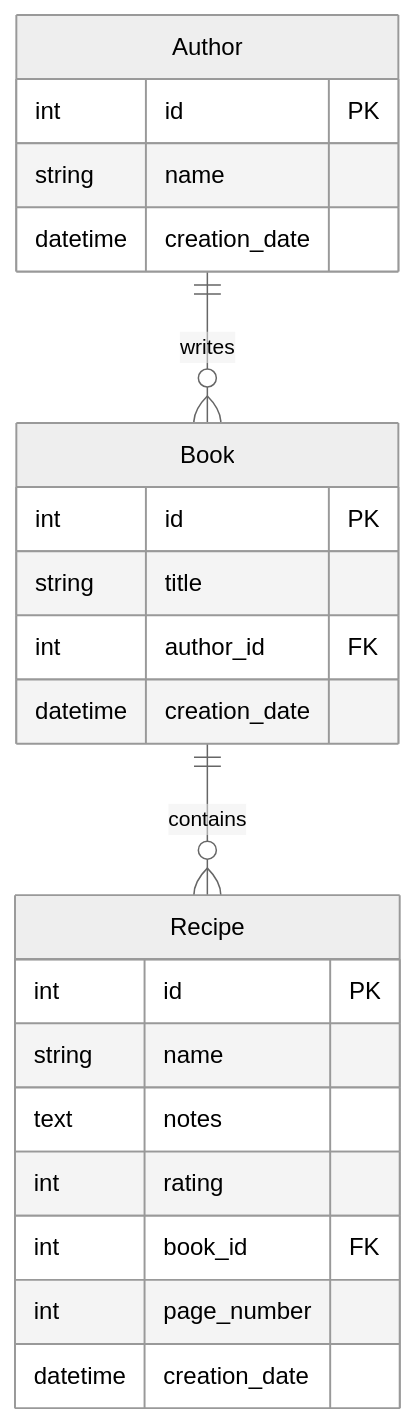
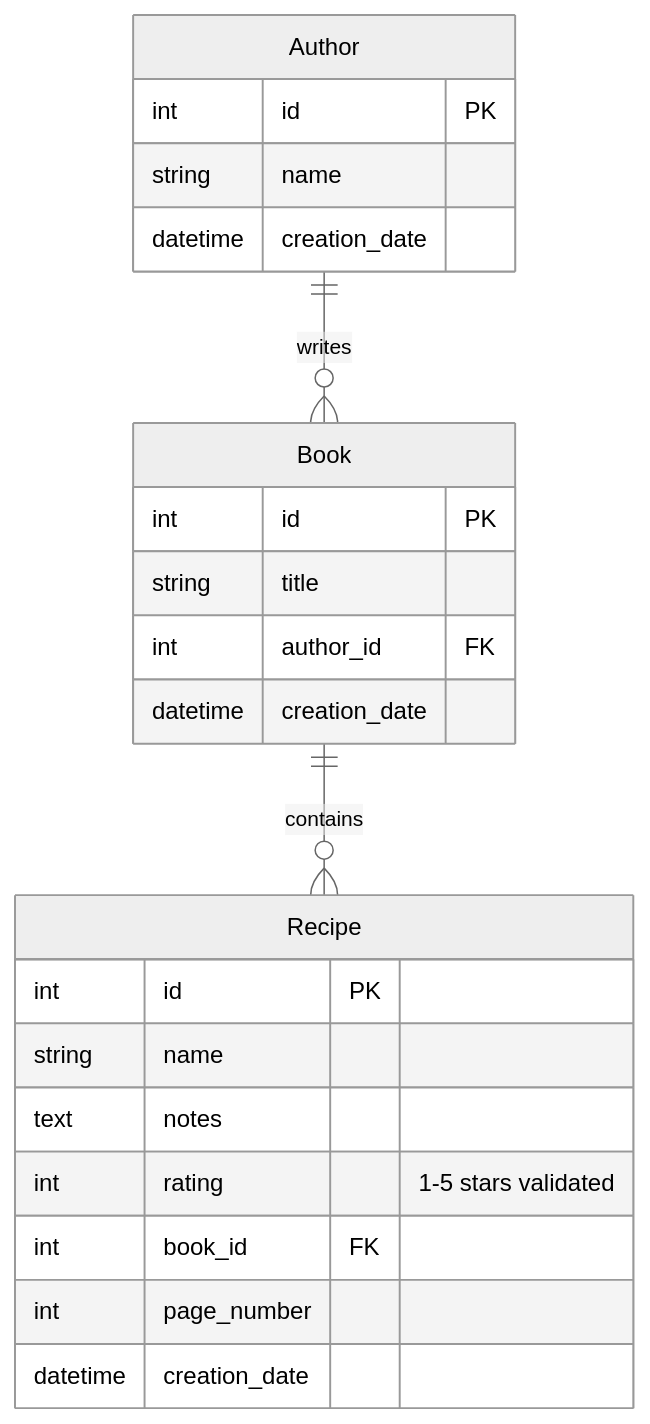
The diagram in docs/API.md (mongeon/RecettesIndex), drawn with Mermaid (neutral theme) before and after one commit. The commit also changed other lines of this file and 4 other files, not shown here.

````diff
--- a/docs/API.md
+++ b/docs/API.md
@@ -106,28 +112,28 @@
 ```mermaid
 erDiagram
     Author ||--o{ Book : "writes"
     Book ||--o{ Recipe : "contains"
     
     Author {
         int id PK
         string name
         datetime creation_date
     }
     
     Book {
         int id PK
         string title
         int author_id FK
         datetime creation_date
     }
     
     Recipe {
         int id PK
         string name
         text notes
-        int rating
+        int rating "1-5 stars validated"
         int book_id FK
         int page_number
         datetime creation_date
     }
 ```
````
